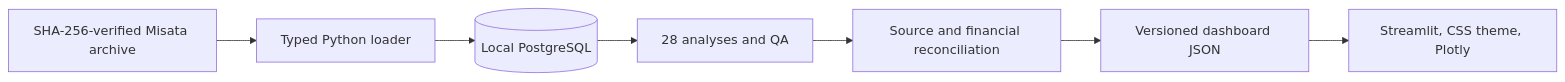
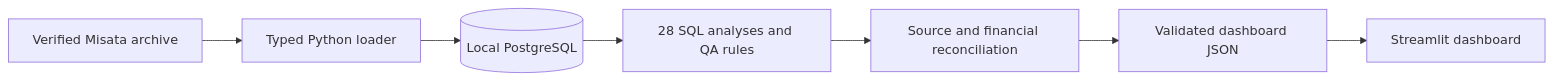
Before and after one commit to emam26/RCM360-Healthcare-Analytics: the diagram in README.md, drawn with Mermaid. The commit also changed other lines of this file, not shown here.

````diff
--- a/README.md
+++ b/README.md
@@ -22,9 +74,9 @@
 ```mermaid
 flowchart LR
-    CSV[SHA-256-verified Misata archive] --> ETL[Typed Python loader]
+    ZIP[Verified Misata archive] --> ETL[Typed Python loader]
     ETL --> PG[(Local PostgreSQL)]
-    PG --> SQL[28 analyses and QA]
+    PG --> SQL[28 SQL analyses and QA rules]
     SQL --> CHECK[Source and financial reconciliation]
-    CHECK --> JSON[Versioned dashboard JSON]
-    JSON --> UI[Streamlit, CSS theme, Plotly]
+    CHECK --> JSON[Validated dashboard JSON]
+    JSON --> APP[Streamlit dashboard]
 ```
````
